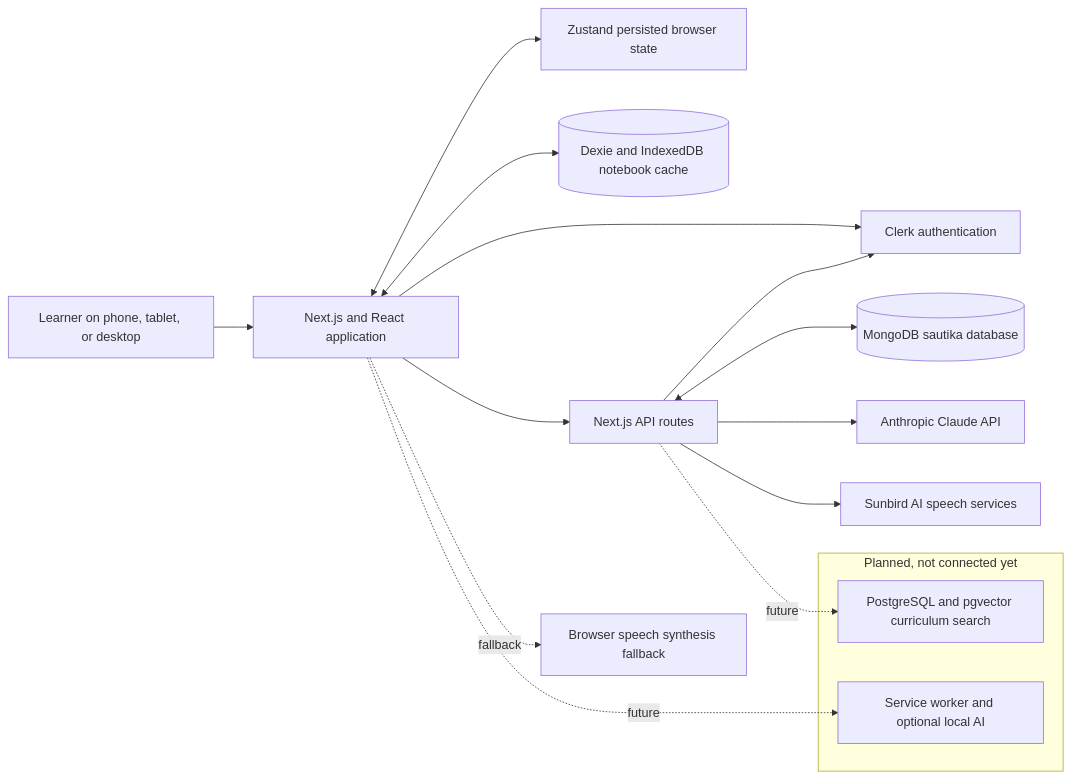
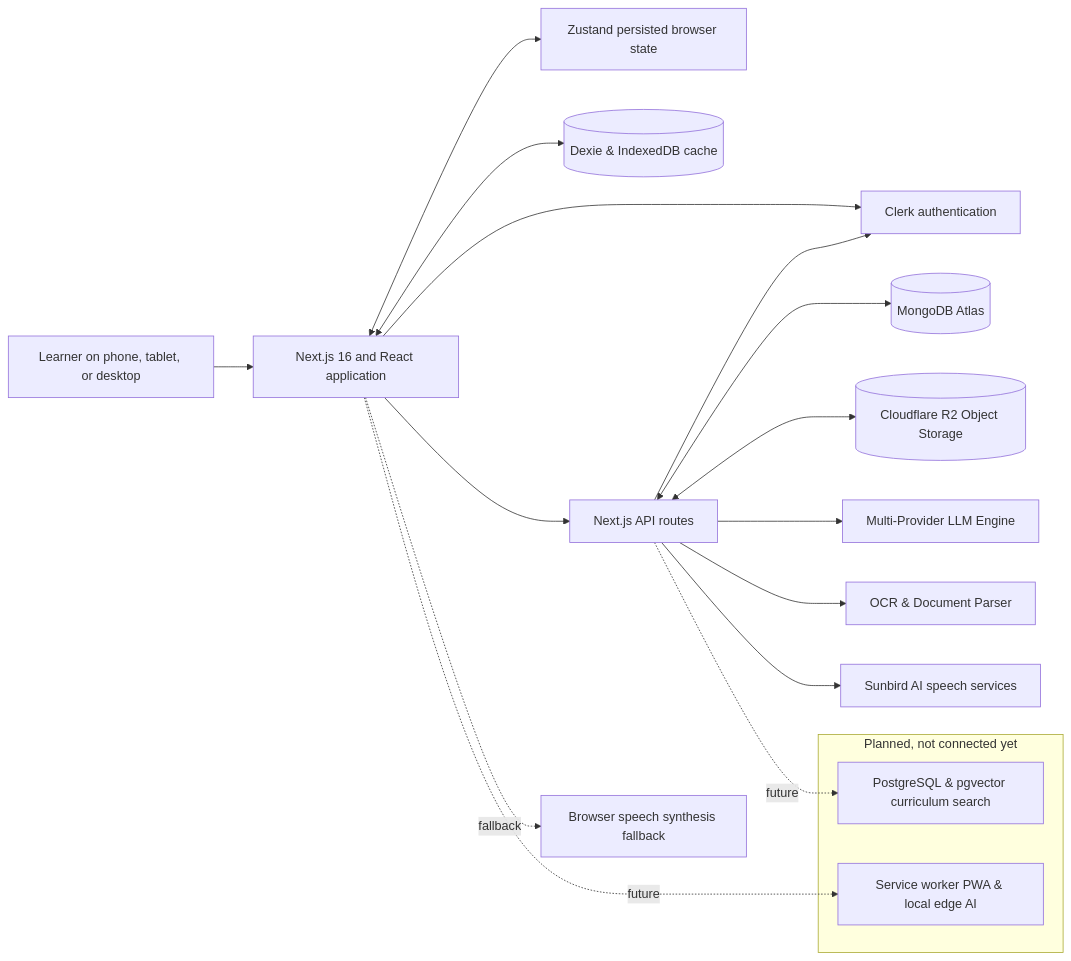
One commit to marthanp/sautika changed the diagram in README.md. Above: the diagram before and after it, drawn with Mermaid. The commit also changed other lines of this file, not shown here.

Commit message:
docs: update README with expanded platform capabilities, multi-provider LLM engine, and cloud architecture details

````diff
--- a/README.md
+++ b/README.md
@@ -72,32 +76,36 @@
 ```mermaid
 flowchart LR
     Learner[Learner on phone, tablet, or desktop]
-    UI[Next.js and React application]
+    UI[Next.js 16 and React application]
     State[Zustand persisted browser state]
-    Notebook[(Dexie and IndexedDB notebook cache)]
+    Notebook[(Dexie & IndexedDB cache)]
     Clerk[Clerk authentication]
     API[Next.js API routes]
-    Mongo[(MongoDB sautika database)]
-    Claude[Anthropic Claude API]
+    Mongo[(MongoDB Atlas)]
+    R2[(Cloudflare R2 Object Storage)]
+    LLM[Multi-Provider LLM Engine]
+    OCR[OCR & Document Parser]
     Speech[Sunbird AI speech services]
     BrowserVoice[Browser speech synthesis fallback]
 
     Learner --> UI
     UI <--> State
     UI <--> Notebook
     UI --> Clerk
     UI --> API
     API --> Clerk
     API <--> Mongo
-    API --> Claude
+    API <--> R2
+    API --> LLM
+    API --> OCR
     API --> Speech
     UI -. fallback .-> BrowserVoice
 
     subgraph Planned[Planned, not connected yet]
-        Search[PostgreSQL and pgvector curriculum search]
-        Offline[Service worker and optional local AI]
+        Search[PostgreSQL & pgvector curriculum search]
+        Offline[Service worker PWA & local edge AI]
     end
 
     API -. future .-> Search
     UI -. future .-> Offline
 ```
````
